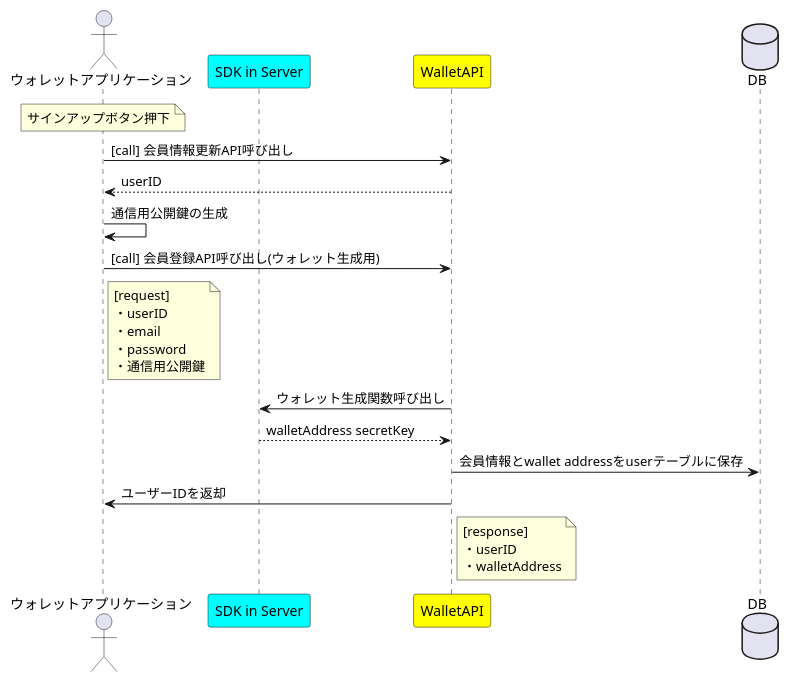
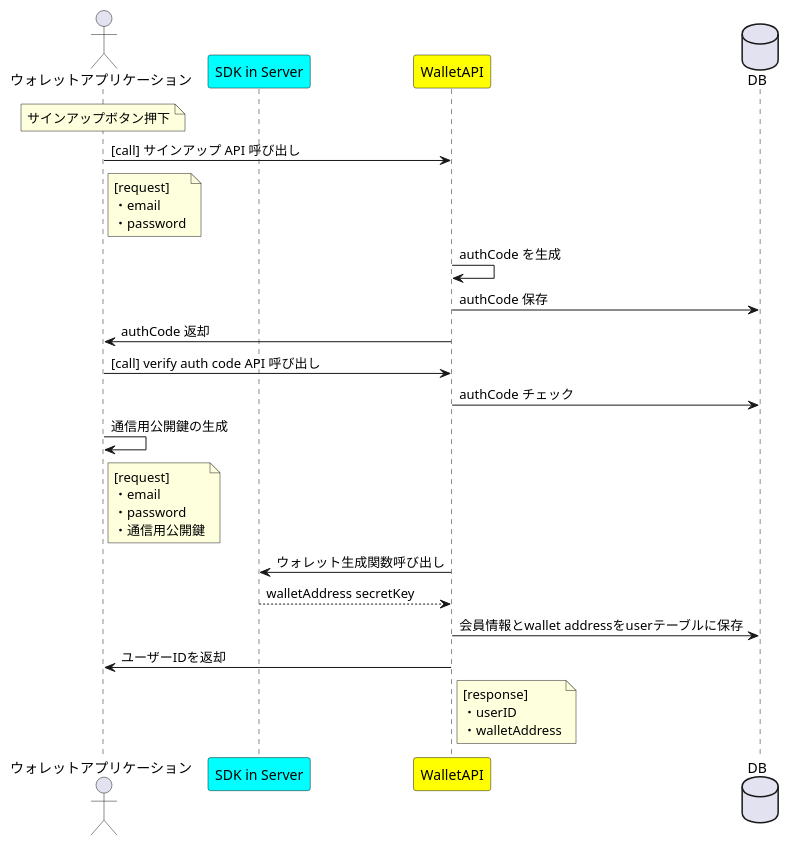
Before and after one commit to fjwr1024/wallet-api: the diagram in document/CreateWallet.pu, drawn with PlantUML. The commit also changed 1 other file, not shown here.

```diff
--- a/document/CreateWallet.pu
+++ b/document/CreateWallet.pu
@@ -1,40 +1,51 @@
 @startuml ウォレット作成フロー
 
 actor "ウォレットアプリケーション" as app 
 participant "SDK in Server" as ssdk #aqua
 participant WalletAPI as api #Yellow
 database DB as db
 
 note over app
 サインアップボタン押下
 end note
 
-app -> api : [call] 会員情報更新API呼び出し
-return userID
+app -> api : [call] サインアップ API 呼び出し
+note right app
+[request]
+・email
+・password
+end note
+
+api -> api : authCode を生成
+
+api -> db : authCode 保存
+
+api -> app : authCode 返却
+
+app -> api : [call] verify auth code API 呼び出し
+
+api -> db : authCode チェック
 
 app -> app : 通信用公開鍵の生成
 
-app -> api : [call] 会員登録API呼び出し(ウォレット生成用)
-
 note right app
 [request]
-・userID
 ・email
 ・password
 ・通信用公開鍵
 end note
 
 api -> ssdk : ウォレット生成関数呼び出し
 return walletAddress secretKey
 
 api -> db : 会員情報とwallet addressをuserテーブルに保存
 
 api -> app : ユーザーIDを返却
 
 note right api
 [response]
 ・userID
 ・walletAddress
 end note
 
 @enduml
```
